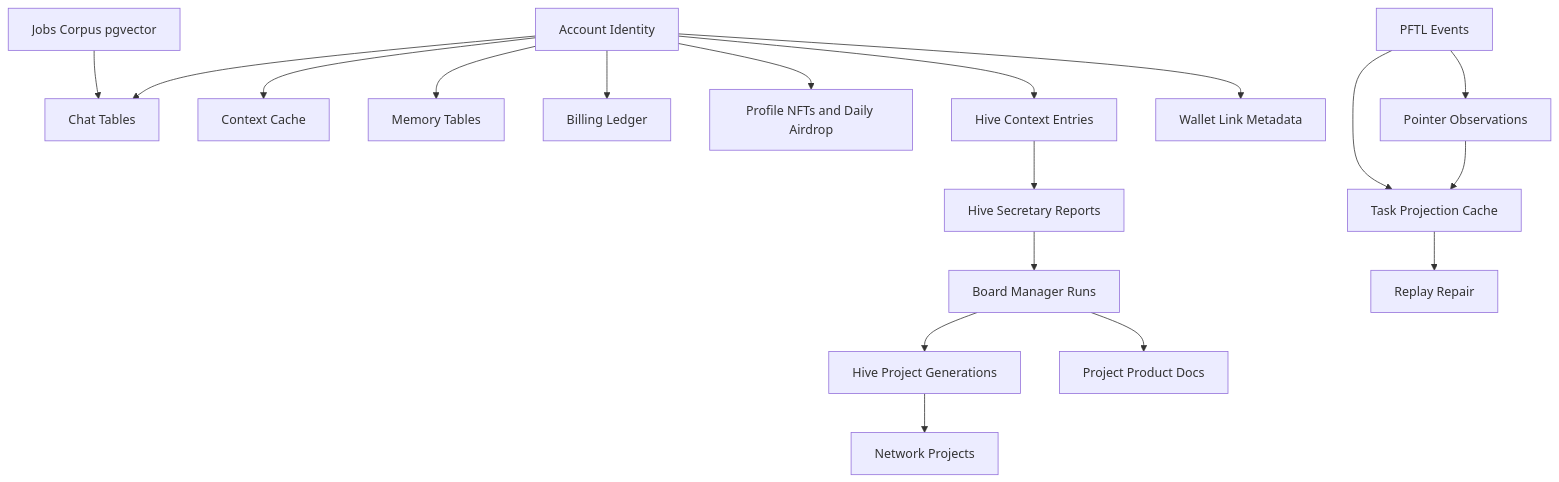
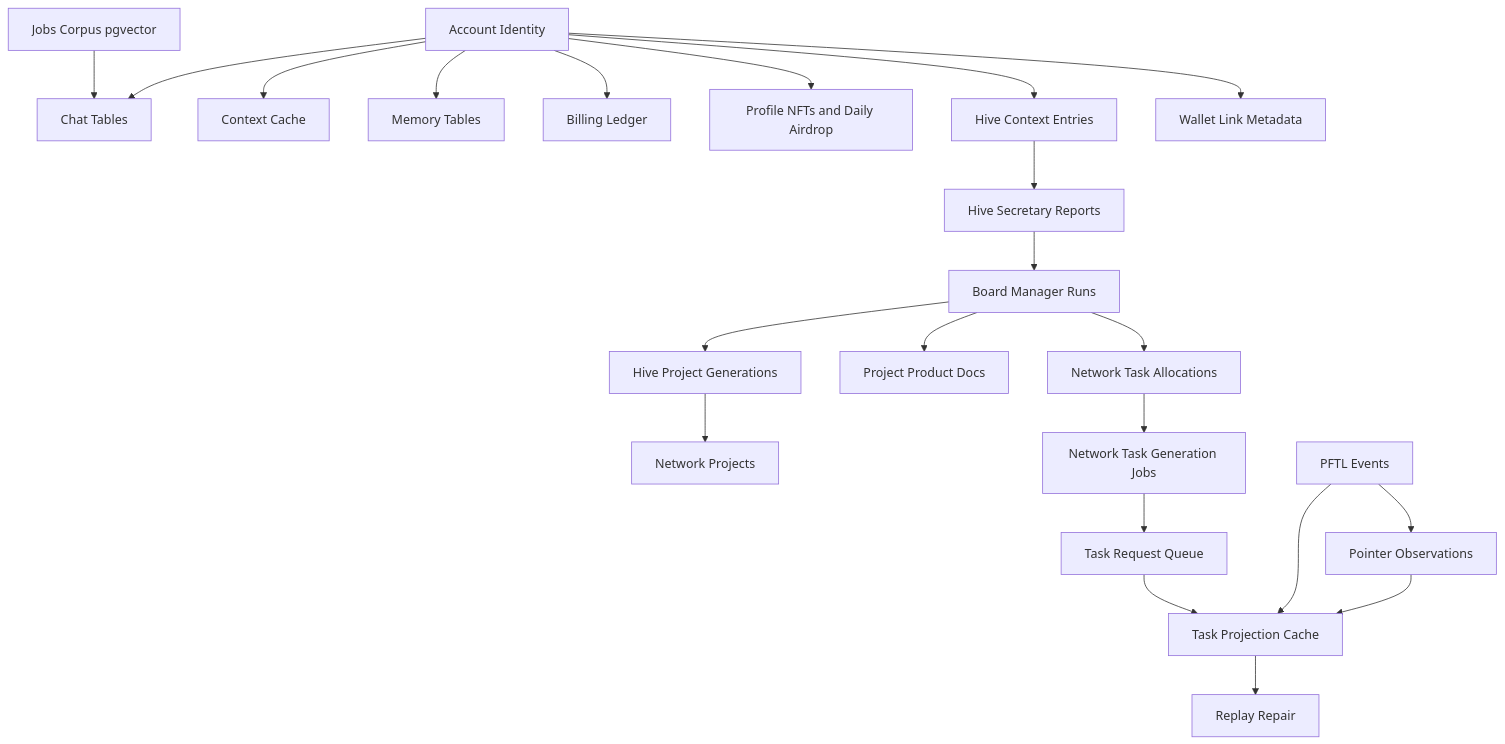
Before and after one commit to postfiatorg/tasknode: the diagram in docs/wiki/architecture/database.md, drawn with Mermaid. The commit also changed other lines of this file and 117 other files, not shown here.

Commit message:
Checkpoint task and hive manager work

````diff
--- a/docs/wiki/architecture/database.md
+++ b/docs/wiki/architecture/database.md
@@ -122,20 +137,24 @@
 ```mermaid
 flowchart TB
   Account[Account Identity] --> Chat[Chat Tables]
   Account --> Context[Context Cache]
   Account --> Memory[Memory Tables]
   Account --> Billing[Billing Ledger]
   Account --> Profile[Profile NFTs and Daily Airdrop]
   Account --> HiveContext[Hive Context Entries]
   HiveContext --> HiveSecretary[Hive Secretary Reports]
   HiveSecretary --> BoardManager[Board Manager Runs]
   BoardManager --> HivePlanner[Hive Project Generations]
   HivePlanner --> HiveProjects[Network Projects]
   BoardManager --> ProductDocs[Project Product Docs]
+  BoardManager --> NetworkAllocations[Network Task Allocations]
+  NetworkAllocations --> NetworkJobs[Network Task Generation Jobs]
+  NetworkJobs --> TaskRequests[Task Request Queue]
+  TaskRequests --> TaskCache
   Account --> Wallet[Wallet Link Metadata]
   Jobs[Jobs Corpus pgvector] --> Chat
   PFTL[PFTL Events] --> TaskCache[Task Projection Cache]
   PFTL --> PointerObs[Pointer Observations]
   PointerObs --> TaskCache
   TaskCache --> Replay[Replay Repair]
 ```
````
